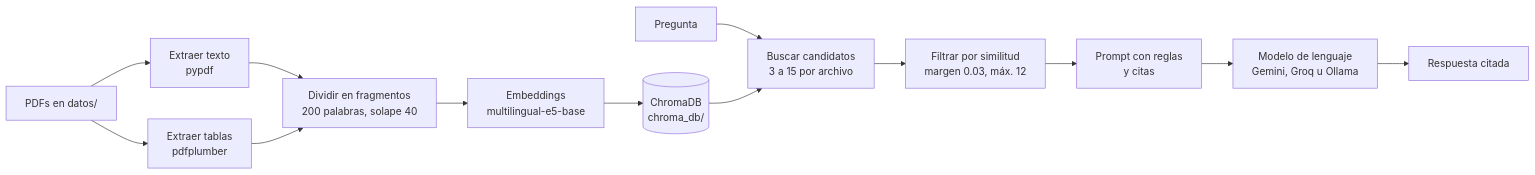
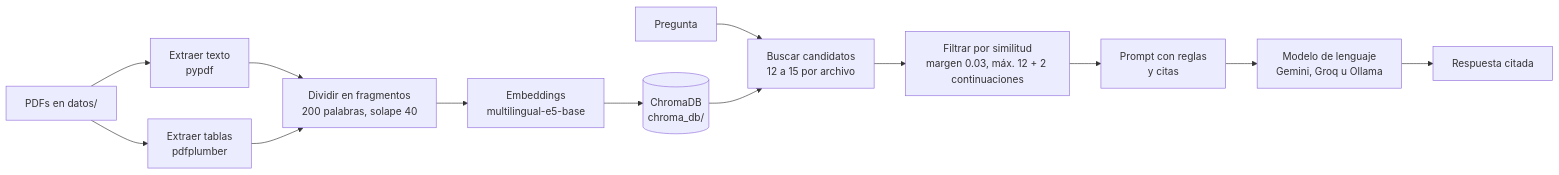
One commit to loz-perez/NeuroClerk changed the diagram in README.md. Above: the diagram before and after it, drawn with Mermaid. The commit also changed other lines of this file and 2 other files, not shown here.

````diff
--- a/README.md
+++ b/README.md
@@ -13,15 +13,15 @@
 ```mermaid
 flowchart LR
     A["PDFs en datos/"] --> B["Extraer texto<br/>pypdf"]
     A --> C["Extraer tablas<br/>pdfplumber"]
     B --> D["Dividir en fragmentos<br/>200 palabras, solape 40"]
     C --> D
     D --> E["Embeddings<br/>multilingual-e5-base"]
     E --> F[("ChromaDB<br/>chroma_db/")]
-    P["Pregunta"] --> G["Buscar candidatos<br/>3 a 15 por archivo"]
+    P["Pregunta"] --> G["Buscar candidatos<br/>12 a 15 por archivo"]
     F --> G
-    G --> H["Filtrar por similitud<br/>margen 0.03, máx. 12"]
+    G --> H["Filtrar por similitud<br/>margen 0.03, máx. 12 + 2 continuaciones"]
     H --> I["Prompt con reglas<br/>y citas"]
     I --> J["Modelo de lenguaje<br/>Gemini, Groq u Ollama"]
     J --> R["Respuesta citada"]
 ```
````
